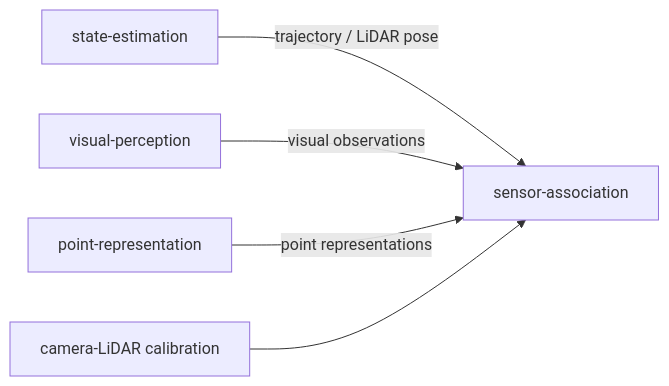
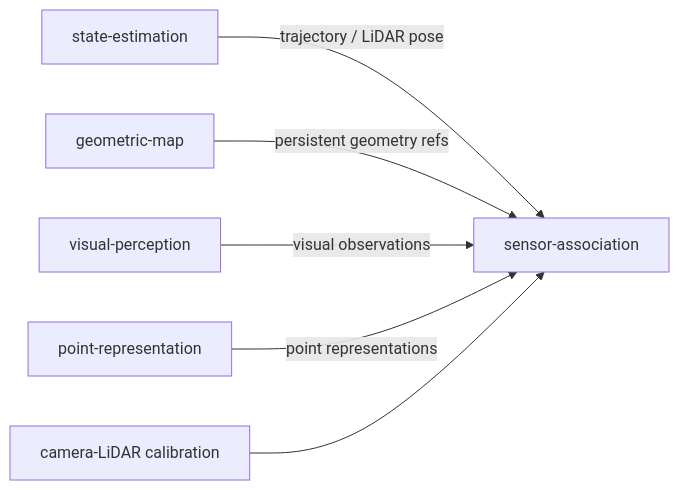
Before and after one commit to Alexandre-Tortoza/contextual-3d-mapping: the fourth of 4 diagrams in modules/state-estimation/docs/architecture.md, drawn with Mermaid. The commit also changed other lines of this file, not shown here.

Commit message:
docs: connect state estimation to geometric map module

````diff
--- a/modules/state-estimation/docs/architecture.md
+++ b/modules/state-estimation/docs/architecture.md
@@ -64,7 +78,8 @@
 ```mermaid
 flowchart LR
     SE[state-estimation] -->|trajectory / LiDAR pose| SA[sensor-association]
+    GM[geometric-map] -->|persistent geometry refs| SA
     VP[visual-perception] -->|visual observations| SA
     PR[point-representation] -->|point representations| SA
     CAL[camera-LiDAR calibration] --> SA
 ```
````
